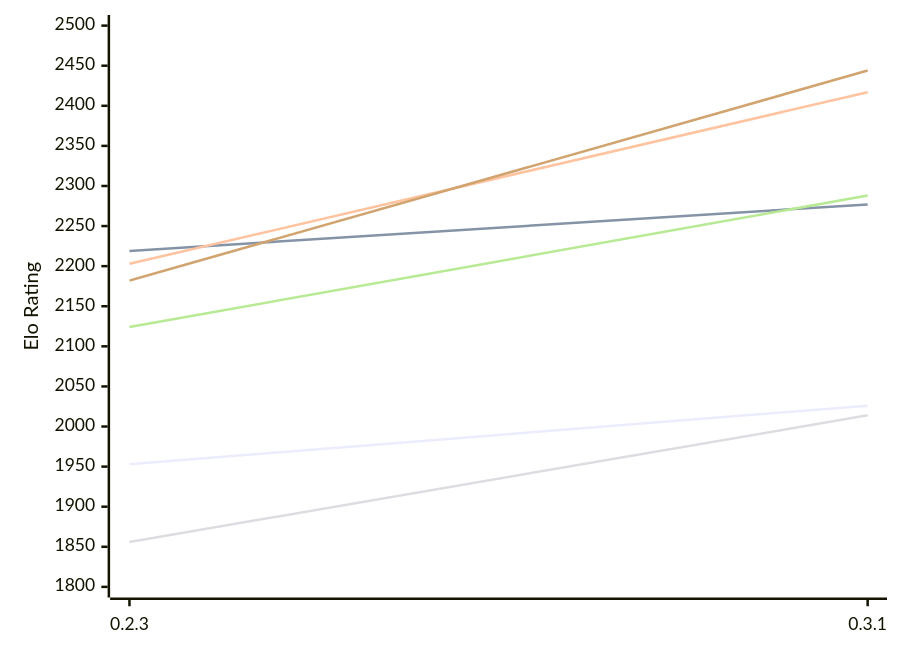
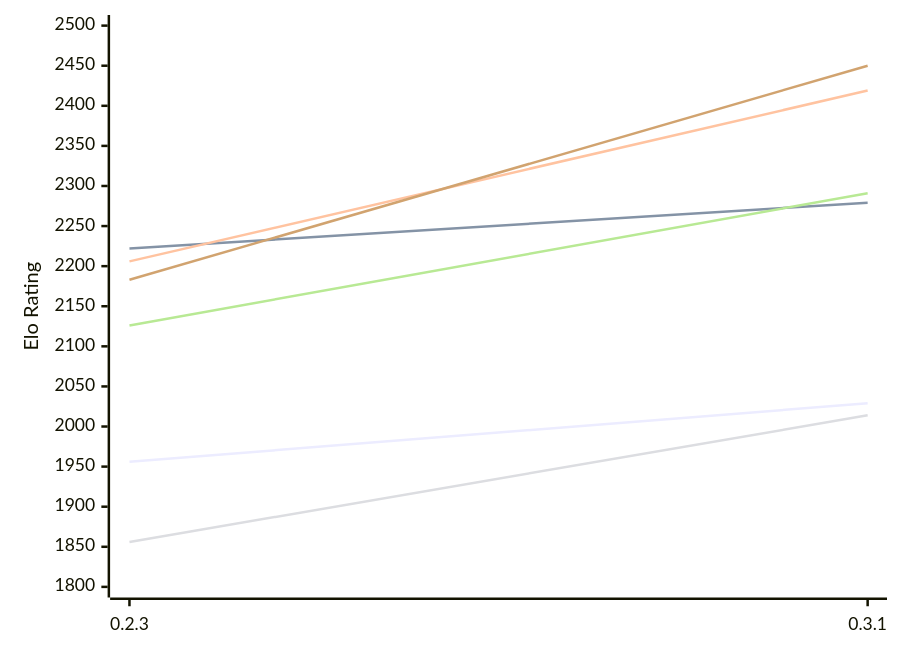
The first of 2 diagrams in engines/Lolbot.md (computer-chess-index/cci), drawn with Mermaid before and after one commit. The commit also changed other lines of this file, not shown here.

Commit message:
Update CCI Ratings (ELO VLTC) - 2026-11-19

````diff
--- a/engines/Lolbot.md
+++ b/engines/Lolbot.md
@@ -53,12 +53,12 @@
 ```mermaid
 %%{init: {"theme":"base","themeVariables":{"seriesColors:['#a3a3a3','#222221','#faa371']}}}%%
 xychart-beta
   x-axis ["0.2.3", "0.3.1"]
   y-axis "Elo Rating" 1800 --> 2500
-  line "E1: STC (8.0+0.08s)" [1953, 2026]
-  line "E1: LTC (60.0+0.60s)" [2219, 2277]
-  line "E1: VLTC (2m24s+1.12s)" [2203, 2417]
+  line "E1: STC (8.0+0.08s)" [1956, 2029]
+  line "E1: LTC (60.0+0.60s)" [2222, 2279]
+  line "E1: VLTC (2m24s+1.12s)" [2206, 2419]
   line "P1: STC (8.0+0.08s)" [1856, 2014]
-  line "P1: LTC (60.0+0.60s)" [2124, 2288]
-  line "P1: VLTC (2m24s+1.12s)" [2182, 2444]
+  line "P1: LTC (60.0+0.60s)" [2126, 2291]
+  line "P1: VLTC (2m24s+1.12s)" [2183, 2450]
 ```
````
